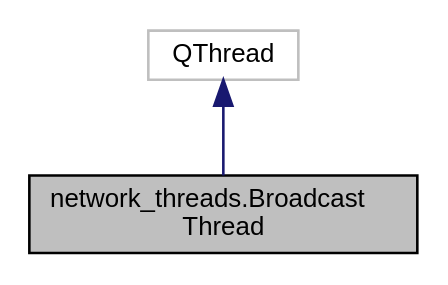
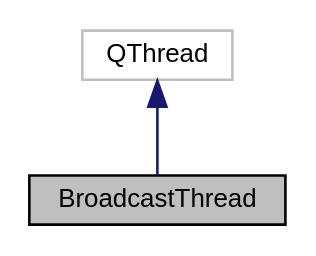
The diagram in classnetwork__threads_1_1BroadcastThread__coll__graph.dot (UTDCloudPlug/utdcloudplug.github.io), drawn with Graphviz before and after one commit. The commit also changed 275 other files, not shown here.

```diff
--- a/classnetwork__threads_1_1BroadcastThread__coll__graph.dot
+++ b/classnetwork__threads_1_1BroadcastThread__coll__graph.dot
@@ -1,9 +1,9 @@
-digraph "network_threads.BroadcastThread"
+digraph "BroadcastThread"
 {
  // LATEX_PDF_SIZE
   edge [fontname="Helvetica",fontsize="10",labelfontname="Helvetica",labelfontsize="10"];
   node [fontname="Helvetica",fontsize="10",shape=record];
-  Node1 [label="network_threads.Broadcast\lThread",height=0.2,width=0.4,color="black", fillcolor="grey75", style="filled", fontcolor="black",tooltip=" "];
+  Node1 [label="BroadcastThread",height=0.2,width=0.4,color="black", fillcolor="grey75", style="filled", fontcolor="black",tooltip=" "];
   Node2 -> Node1 [dir="back",color="midnightblue",fontsize="10",style="solid",fontname="Helvetica"];
   Node2 [label="QThread",height=0.2,width=0.4,color="grey75", fillcolor="white", style="filled",tooltip=" "];
 }
```
